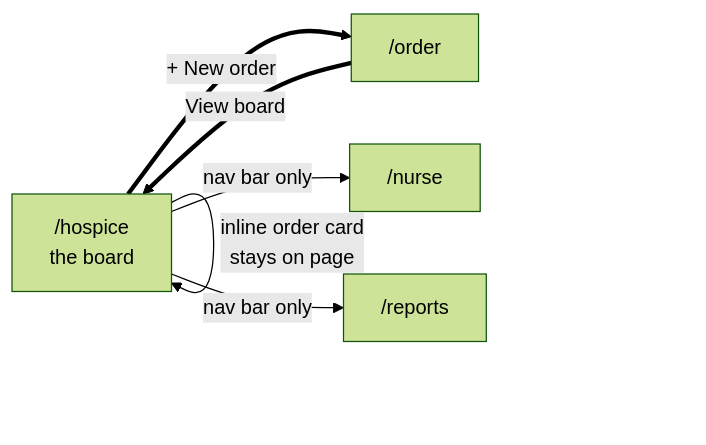
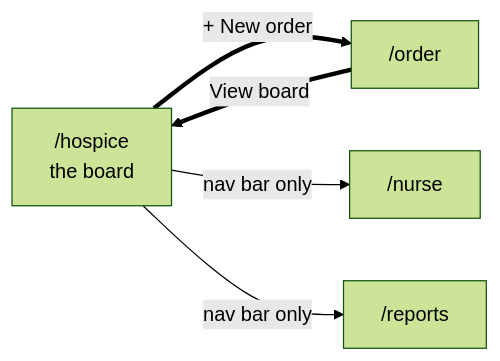
The third of 6 diagrams in docs/UX-FLOWS.md (kr3wangel/betterrx-hackathon-2026), drawn with Mermaid (forest theme) before and after one commit. The commit also changed other lines of this file and 2 other files, not shown here.

First line of the commit message:
docs: re-derive UX-FLOWS and FEATURES against the v8 board

````diff
--- a/docs/UX-FLOWS.md
+++ b/docs/UX-FLOWS.md
@@ -165,12 +194,11 @@
 ```mermaid
 graph LR
   A["/hospice<br/>the board"]
   B["/order"]
   C["/nurse"]
   D["/reports"]
   A ==>|"+ New order"| B
   B ==>|"View board"| A
-  A -->|"inline order card<br/>stays on page"| A
   A -->|"nav bar only"| C
   A -->|"nav bar only"| D
 ```
````
